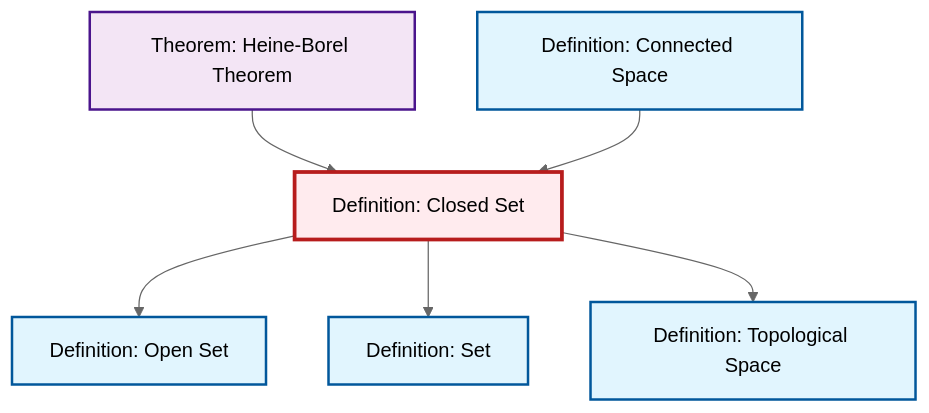
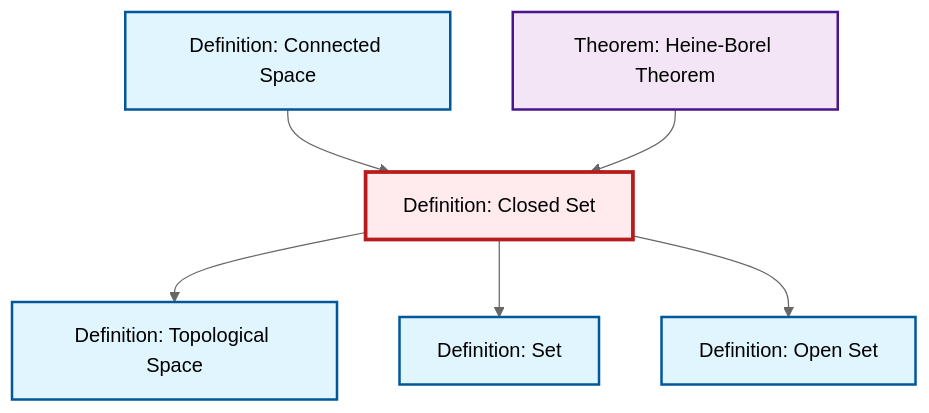
One commit to RK0429/ModernMath changed the diagram in content/en/topology/def-closed-set.qmd. Above: the diagram before and after it, drawn with Mermaid (neutral theme). The commit also changed other lines of this file and 1012 other files, not shown here.

````diff
--- a/content/en/topology/def-closed-set.qmd
+++ b/content/en/topology/def-closed-set.qmd
@@ -44,26 +44,26 @@
 ```{mermaid}
 %%| fig-cap: "Local dependency graph"
 graph TD
     classDef definition fill:#e1f5fe,stroke:#01579b,stroke-width:2px
     classDef theorem fill:#f3e5f5,stroke:#4a148c,stroke-width:2px
     classDef axiom fill:#fff3e0,stroke:#e65100,stroke-width:2px
     classDef example fill:#e8f5e9,stroke:#1b5e20,stroke-width:2px
     classDef current fill:#ffebee,stroke:#b71c1c,stroke-width:3px
+    def-open-set["Definition: Open Set"]:::definition
+    def-connected["Definition: Connected Space"]:::definition
     def-set["Definition: Set"]:::definition
-    def-connected["Definition: Connected Space"]:::definition
-    def-open-set["Definition: Open Set"]:::definition
     def-topological-space["Definition: Topological Space"]:::definition
     def-closed-set["Definition: Closed Set"]:::definition
     thm-heine-borel["Theorem: Heine-Borel Theorem"]:::theorem
+    def-closed-set --> def-topological-space
+    def-closed-set --> def-set
+    def-connected --> def-closed-set
     def-closed-set --> def-open-set
     thm-heine-borel --> def-closed-set
-    def-closed-set --> def-set
-    def-closed-set --> def-topological-space
-    def-connected --> def-closed-set
     class def-closed-set current
+    click def-open-set "def-open-set.html" "Go to Open Set definition"
+    click def-connected "def-connected.html" "Go to Connected Space definition"
     click def-set "def-set.html" "Go to Set definition"
-    click def-connected "def-connected.html" "Go to Connected Space definition"
-    click def-open-set "def-open-set.html" "Go to Open Set definition"
     click def-topological-space "def-topological-space.html" "Go to Topological Space definition"
     click thm-heine-borel "thm-heine-borel.html" "Go to Heine-Borel Theorem theorem"
 ```
````
